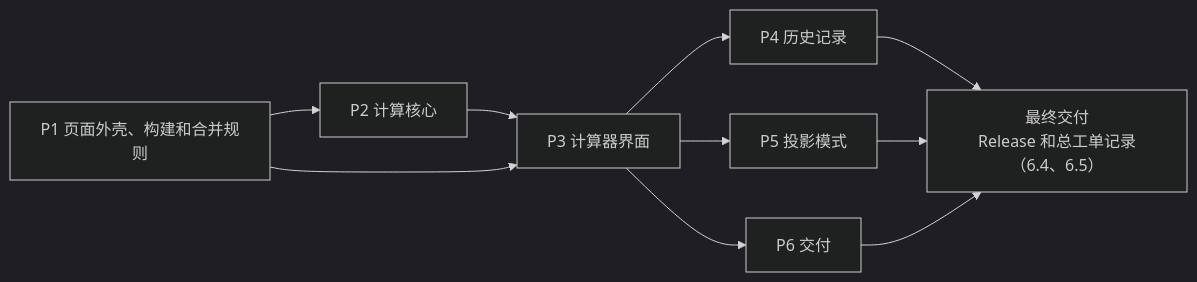
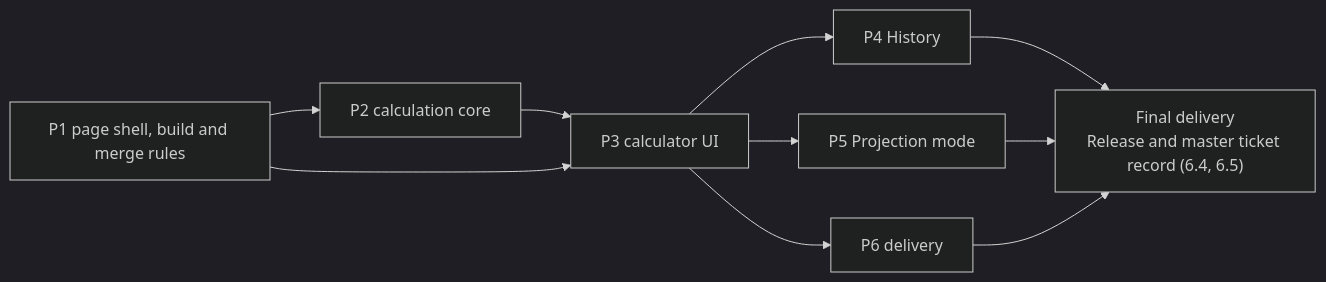
One commit to txehq/wf-dashboard changed the second of 2 diagrams in server/test/fixtures/vault/Project Magi Eval/Features/r-20261009-dqva52/Research.md. Above: the diagram before and after it, drawn with Mermaid (dark theme). The commit also changed other lines of this file and 1498 other files, not shown here.

````diff
--- a/server/test/fixtures/vault/Project Magi Eval/Features/r-20261009-dqva52/Research.md
+++ b/server/test/fixtures/vault/Project Magi Eval/Features/r-20261009-dqva52/Research.md
@@ -260,12 +260,12 @@
 ```mermaid
 flowchart LR
-  P1["P1 页面外壳、构建和合并规则"] --> P2["P2 计算核心"]
-  P2 --> P3["P3 计算器界面"]
+  P1["P1 page shell, build and merge rules"] --> P2["P2 calculation core"]
+  P2 --> P3["P3 calculator UI"]
   P1 --> P3
-  P3 --> P4["P4 历史记录"]
-  P3 --> P5["P5 投影模式"]
-  P3 --> P6["P6 交付"]
-  P4 --> D["最终交付<br/>Release 和总工单记录（6.4、6.5）"]
+  P3 --> P4["P4 History"]
+  P3 --> P5["P5 Projection mode"]
+  P3 --> P6["P6 delivery"]
+  P4 --> D["Final delivery<br/>Release and master ticket record (6.4, 6.5)"]
   P5 --> D
   P6 --> D
 ```
````
